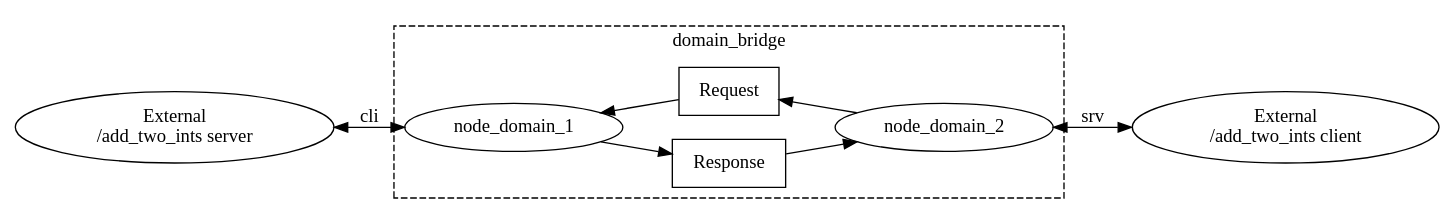
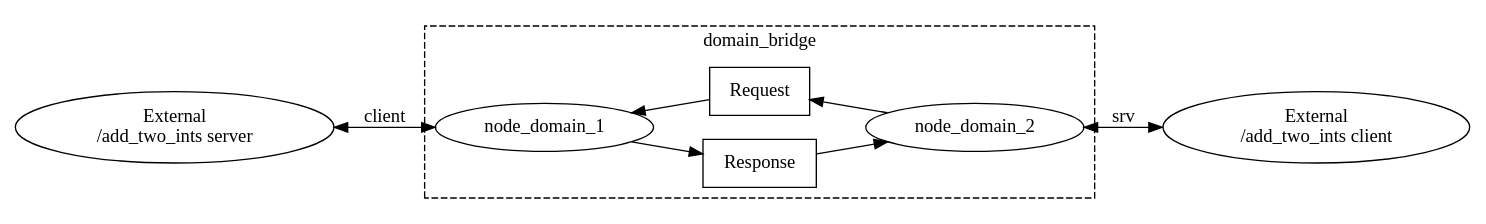
The diagram in doc/service_example.gv (ros2/domain_bridge), drawn with Graphviz before and after one commit.

Commit message:
cli -> client

```diff
--- a/doc/service_example.gv
+++ b/doc/service_example.gv
@@ -1,22 +1,22 @@
 digraph {
     rankdir="LR";
-    service_in -> node_domain_1 [dir="both"] [label="cli"]
+    service_in -> node_domain_1 [dir="both"] [label="client"]
     node_domain_1 -> rep_1_to_2
     rep_1_to_2 -> node_domain_2
     node_domain_2 -> req_2_to_1
     req_2_to_1 -> node_domain_1
     node_domain_2 -> service_out [dir="both"] [label="srv"]
 
     subgraph cluster_domain_bridge {
         node_domain_1 [shape=oval, color="#000000"];
         node_domain_2 [shape=oval, color="#000000"];
         rep_1_to_2 [shape=box, color="#000000", label="Response"];
         req_2_to_1 [shape=box, color="#000000", label="Request"];
         {rank = same; rep_1_to_2; req_2_to_1}
         label="domain_bridge";
         graph[style=dashed];
     }
       
     service_in [shape=oval, color="#000000", label="External\n /add_two_ints server"]
     service_out [shape=oval, color="#000000", label="External\n /add_two_ints client"];
 }
```
